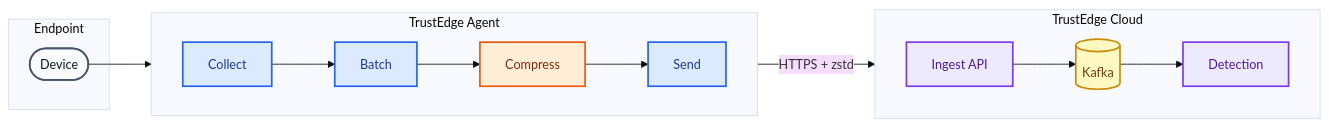
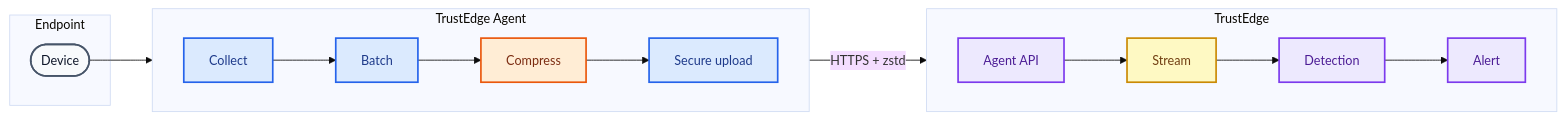
The first of 3 diagrams in docs/architecture.md (TrustEdgeOrg/TrustEdge-Agent), drawn with Mermaid before and after one commit. The commit also changed other lines of this file, not shown here.

First line of the commit message:
Refresh architecture docs for the durable ring and pipeline stages.

````diff
--- a/docs/architecture.md
+++ b/docs/architecture.md
@@ -14,32 +26,32 @@
 ```mermaid
 %%{init: {'theme': 'base', 'themeVariables': {'fontSize': '15px', 'fontFamily': 'arial'}}}%%
 flowchart LR
     subgraph EP ["Endpoint"]
         DEV(["Device"])
     end
 
     subgraph AG ["TrustEdge Agent"]
         direction LR
-        COL["Collect"] --> BAT["Batch"] --> ZIP["Compress"] --> SND["Send"]
+        COL["Collect"] --> BAT["Batch"] --> ZIP["Compress"] --> SND["Secure upload"]
     end
 
-    subgraph CL ["TrustEdge Cloud"]
+    subgraph CL ["TrustEdge"]
         direction LR
-        API["Ingest API"] --> KFK[("Kafka")] --> DET["Detection"]
+        API["Agent API"] --> STR["Stream"] --> DET["Detection"] --> ALT["Alert"]
     end
 
     DEV --> COL
     SND -->|HTTPS + zstd| API
 
     classDef endpoint fill:#F8FAFC,stroke:#475569,stroke-width:2px,color:#0F172A
     classDef agent fill:#DBEAFE,stroke:#2563EB,stroke-width:2px,color:#1E3A8A
     classDef cloud fill:#EDE9FE,stroke:#7C3AED,stroke-width:2px,color:#4C1D95
     classDef stream fill:#FEF9C3,stroke:#CA8A04,stroke-width:2px,color:#713F12
     classDef compress fill:#FFEDD5,stroke:#EA580C,stroke-width:2px,color:#7C2D12
 
     class DEV endpoint
     class COL,BAT,SND agent
     class ZIP compress
-    class API,DET cloud
-    class KFK stream
+    class API,DET,ALT cloud
+    class STR stream
 ```
````
